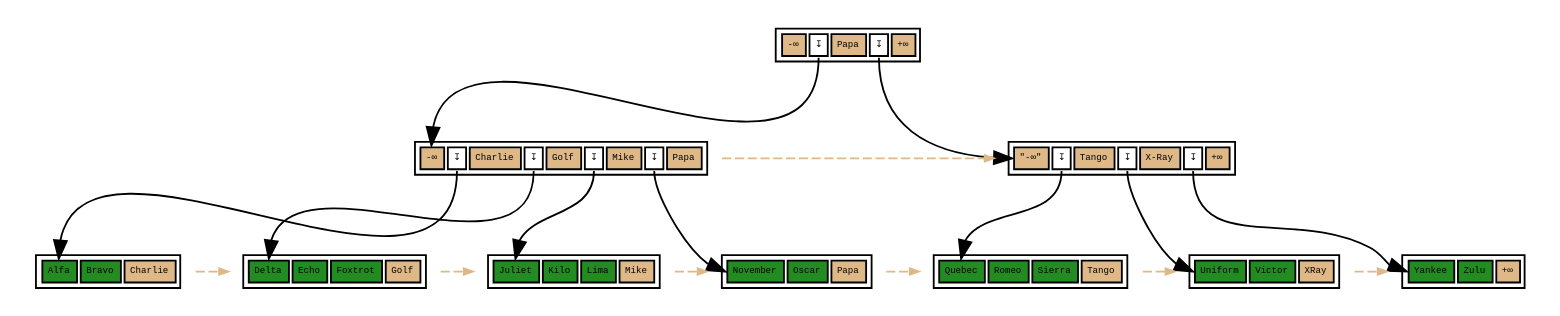
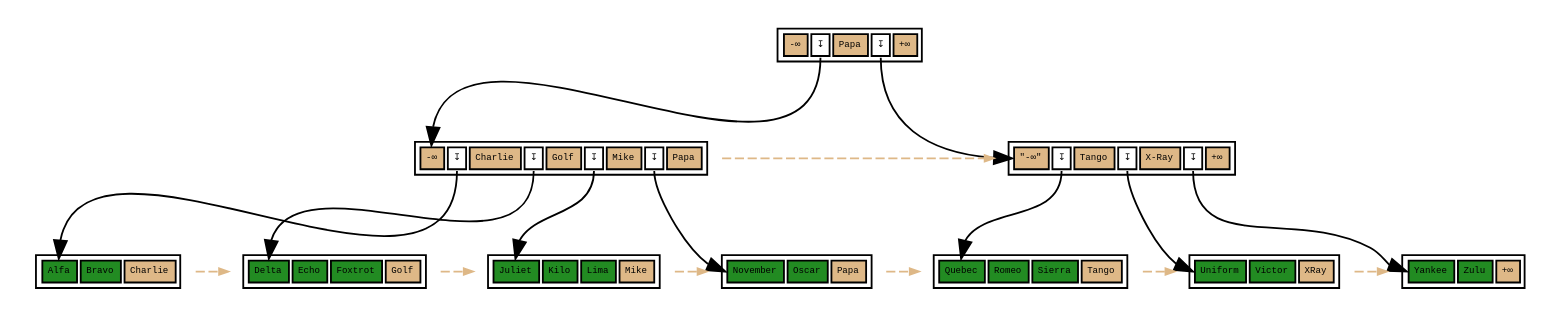
One commit to petergeoghegan/pg_query_internals changed the diagram in cute-btree.dot. Above: the diagram before and after it, drawn with Graphviz.

Commit message:
downlinks are not separators in root page

```diff
--- a/cute-btree.dot
+++ b/cute-btree.dot
@@ -1,165 +1,165 @@
 // Example B-Tree graph
 //
 // Breadth-first order
 //
 // Start from root, go left to right
 //
 // Workflow:
 //
 // $ dot -T svg btree.dot -o btree.svg;
 
 digraph nbtree {
 graph [fontname = "monospace"];
 node [shape = none,height=.1,fontname = "monospace",fontsize=5];
 // Level 2 (Root internal level)
 rootnode[ label=<<table>
                     <tr>
                         <td bgcolor='burlywood' port="s0">-&infin;</td>
-                        <td bgcolor='#FFFFFF' port="f1">&#8615;</td>
-                        <td bgcolor='burlywood' port="s2">Papa</td>
-                        <td bgcolor='#FFFFFF' port="f3">&#8615;</td>
+                        <td bgcolor='#FFFFFF' port="d0">&#8615;</td>
+                        <td bgcolor='burlywood' port="s1">Papa</td>
+                        <td bgcolor='#FFFFFF' port="d1">&#8615;</td>
                         <td bgcolor='burlywood' port="hk">+&infin;</td>
                     </tr>
                 </table>
                >
         ];
 // Downlink arrows to children:
-"rootnode":f1 -> "leftinternal":s0
-"rootnode":f3 -> "rightinternal":s0
+"rootnode":d0 -> "leftinternal":s0
+"rootnode":d1 -> "rightinternal":s0
 // sibling pointer:
 // (None)
 
 
 // Level 1 (Internal level)
 // Downlinks + highkey:
 leftinternal[ label=<<table>
                     <tr>
                         <td bgcolor='burlywood' port="s0">-&infin;</td>
                         <td bgcolor='#FFFFFF' port="f1">&#8615;</td>
                         <td bgcolor='burlywood' port="s2">Charlie</td>
                         <td bgcolor='#FFFFFF' port="f3">&#8615;</td>
                         <td bgcolor='burlywood' port="s4">Golf</td>
                         <td bgcolor='#FFFFFF' port="f5">&#8615;</td>
                         <td bgcolor='burlywood' port="s6">Mike</td>
                         <td bgcolor='#FFFFFF' port="f7">&#8615;</td>
                         <td bgcolor='burlywood' port="hk">Papa</td>
                     </tr>
                 </table>
                >
         ];
 // Downlink arrows to children:
 "leftinternal":f1 -> "leafnode_1":t0
 "leftinternal":f3 -> "leafnode_2":t0
 "leftinternal":f5 -> "leafnode_3":t0
 "leftinternal":f7 -> "leafnode_4":t0
 // sibling pointer:
 "leftinternal" -> "rightinternal"[constraint=false,color=burlywood,style=dashed,arrowsize=0.5]
 // Downlinks + highkey:
 rightinternal[ label=<<table>
                     <tr>
                         <td bgcolor='burlywood' port="s0">&quot;-&infin;&quot;</td>
                         <td bgcolor='#FFFFFF' port="f1">&#8615;</td>
                         <td bgcolor='burlywood' port="s2">Tango</td>
                         <td bgcolor='#FFFFFF' port="f3">&#8615;</td>
                         <td bgcolor='burlywood' port="s4">X-Ray</td>
                         <td bgcolor='#FFFFFF' port="f5">&#8615;</td>
                         <td bgcolor='burlywood' port="hk">+&infin;</td>
                     </tr>
                 </table>
                >
         ];
 // Downlink arrows to children:
 "rightinternal":f1 -> "leafnode_5":t0
 "rightinternal":f3 -> "leafnode_6":t0
 "rightinternal":f5 -> "leafnode_7":t0
 // sibling pointer:
 // (None)
 
 
 // Level 0 (leaf level)
 leafnode_1[ label=<<table>
                     <tr>
                         <td bgcolor='forestgreen' port="t0">Alfa</td>
                         <td bgcolor='forestgreen' port="t1">Bravo</td>
                         <td bgcolor='burlywood' port="hk">Charlie</td>
                     </tr>
                 </table>
                >
         ];
 // sibling pointer:
 "leafnode_1" -> "leafnode_2"[constraint=false,color=burlywood,style=dashed,arrowsize=0.5]
 leafnode_2[ label=<<table>
                     <tr>
                         <td bgcolor='forestgreen' port="t0">Delta</td>
                         <td bgcolor='forestgreen' port="t1">Echo</td>
                         <td bgcolor='forestgreen' port="t2">Foxtrot</td>
                         <td bgcolor='burlywood' port="hk">Golf</td>
                     </tr>
                 </table>
                >
         ];
 // sibling pointer:
 "leafnode_2" -> "leafnode_3"[constraint=false,color=burlywood,style=dashed,arrowsize=0.5]
 leafnode_3[ label=<<table>
                     <tr>
                         <td bgcolor='forestgreen' port="t0">Juliet</td>
                         <td bgcolor='forestgreen' port="t1">Kilo</td>
                         <td bgcolor='forestgreen' port="t2">Lima</td>
                         <td bgcolor='burlywood' port="hk">Mike</td>
                     </tr>
                 </table>
                >
         ];
 // sibling pointer:
 "leafnode_3" -> "leafnode_4"[constraint=false,color=burlywood,style=dashed,arrowsize=0.5]
 leafnode_4[ label=<<table>
                     <tr>
                         <td bgcolor='forestgreen' port="t0">November</td>
                         <td bgcolor='forestgreen' port="t1">Oscar</td>
                         <td bgcolor='burlywood' port="hk">Papa</td>
                     </tr>
                 </table>
                >
         ];
 // sibling pointer:
 "leafnode_4" -> "leafnode_5"[constraint=false,color=burlywood,style=dashed,arrowsize=0.5]
 leafnode_5[ label=<<table>
                     <tr>
                         <td bgcolor='forestgreen' port="t0">Quebec</td>
                         <td bgcolor='forestgreen' port="t1">Romeo</td>
                         <td bgcolor='forestgreen' port="t2">Sierra</td>
                         <td bgcolor='burlywood' port="hk">Tango</td>
                     </tr>
                 </table>
                >
         ];
 // sibling pointer:
 "leafnode_5" -> "leafnode_6"[constraint=false,color=burlywood,style=dashed,arrowsize=0.5]
 leafnode_6[ label=<<table>
                     <tr>
                         <td bgcolor='forestgreen' port="t0">Uniform</td>
                         <td bgcolor='forestgreen' port="t1">Victor</td>
                         <td bgcolor='burlywood' port="hk">XRay</td>
                     </tr>
                 </table>
                >
         ];
 // sibling pointer:
 "leafnode_6" -> "leafnode_7"[constraint=false,color=burlywood,style=dashed,arrowsize=0.5]
 leafnode_7[ label=<<table>
                     <tr>
                         <td bgcolor='forestgreen' port="t0">Yankee</td>
                         <td bgcolor='forestgreen' port="t1">Zulu</td>
                         <td bgcolor='burlywood' port="hk">+&infin;</td>
                     </tr>
                 </table>
                >
         ];
 // sibling pointer:
 // (None)
 
 // Force alignment from root to internal to leaf levels:
 edge[style=invis];
 "rootnode":s2 -> "leafnode_4":hk
 "leftinternal":hk -> "leafnode_4":hk
 }
```
